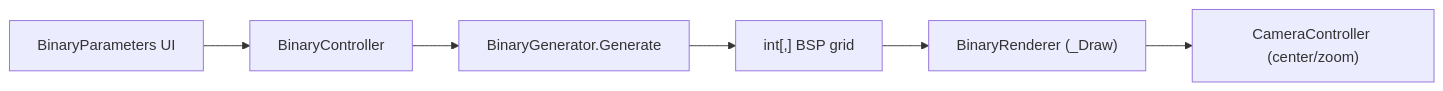
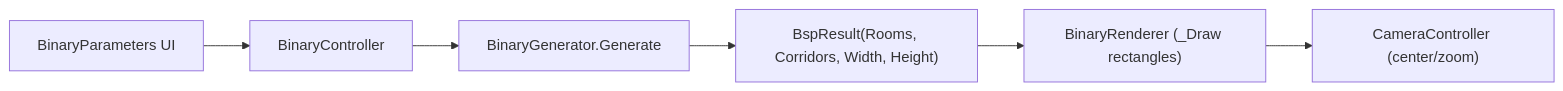
The diagram in PLAN.md (bradenpeterson/ProceduralGeneration), drawn with Mermaid before and after one commit. The commit also changed other lines of this file and 3 other files, not shown here.

````diff
--- a/PLAN.md
+++ b/PLAN.md
@@ -594,8 +445,8 @@
 ```mermaid
 flowchart LR
   ui["BinaryParameters UI"] --> controller["BinaryController"]
   controller --> generator["BinaryGenerator.Generate"]
-  generator --> grid["int[,] BSP grid"]
-  grid --> renderer["BinaryRenderer (_Draw)"]
-  renderer --> cameraController["CameraController (center/zoom)"]
+  generator --> result["BspResult(Rooms, Corridors, Width, Height)"]
+  result --> renderer["BinaryRenderer (_Draw rectangles)"]
+  renderer --> camera["CameraController (center/zoom)"]
 ```
````
